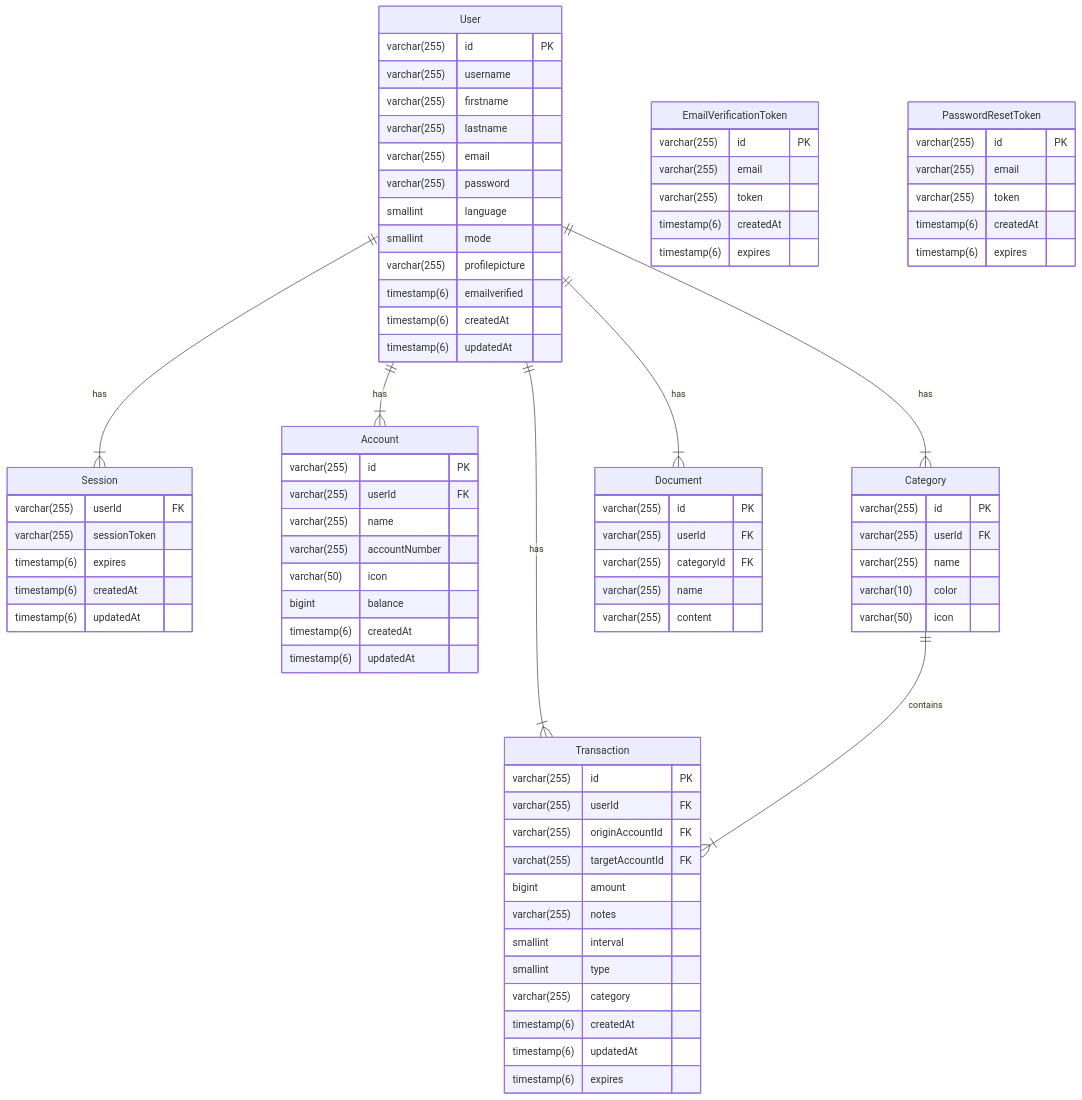
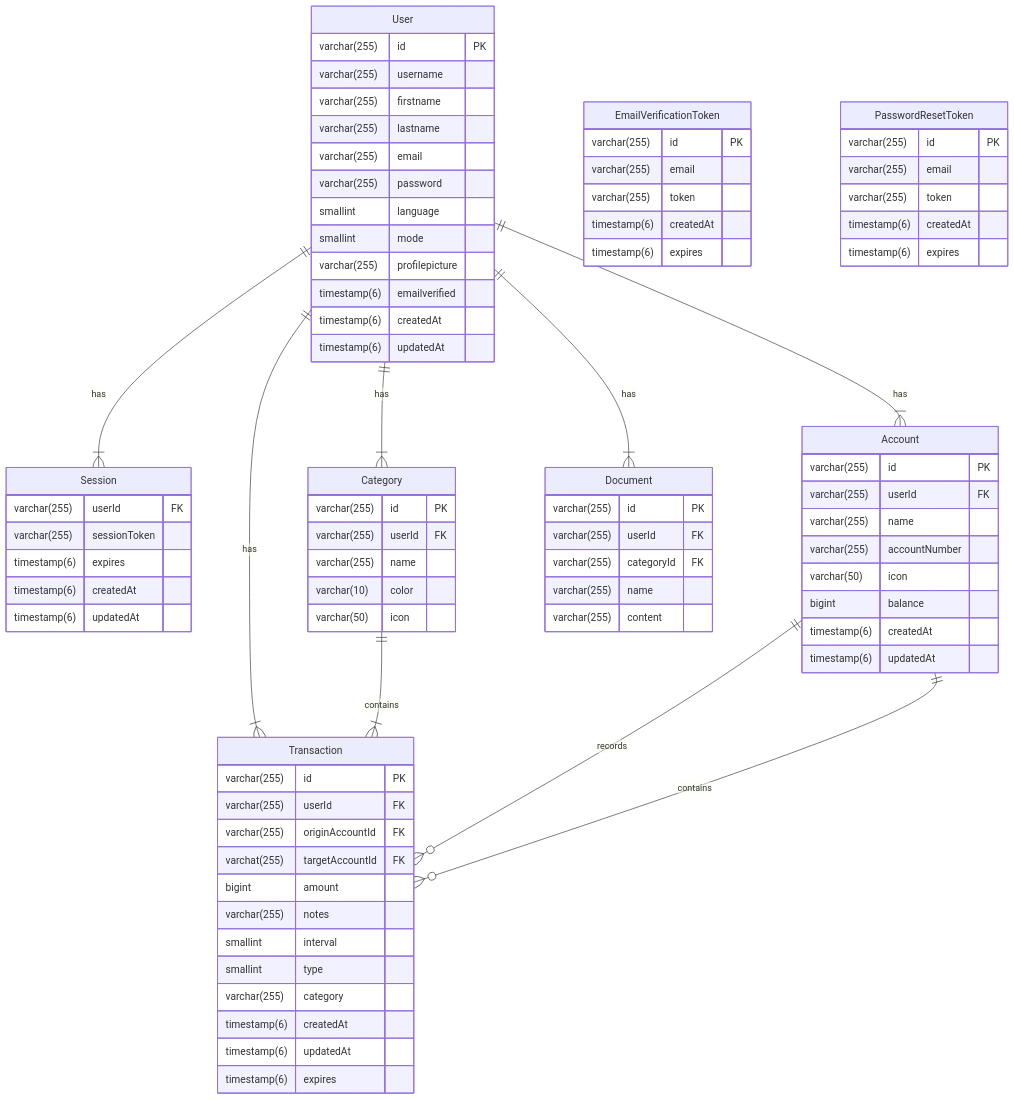
Before and after one commit to aghyy/Fidex: the second of 2 diagrams in docs/docs/architektur/datamodel.md, drawn with Mermaid. The commit also changed other lines of this file, not shown here.

````diff
--- a/docs/docs/architektur/datamodel.md
+++ b/docs/docs/architektur/datamodel.md
@@ -194,4 +199,6 @@
     User ||--|{ Category : "has"
     User ||--|{ Document : "has"
     Category ||--|{ Transaction : "contains"
+    Account ||--o{ Transaction : records
+    Transaction }o--|| Account : contains
 ```
````
